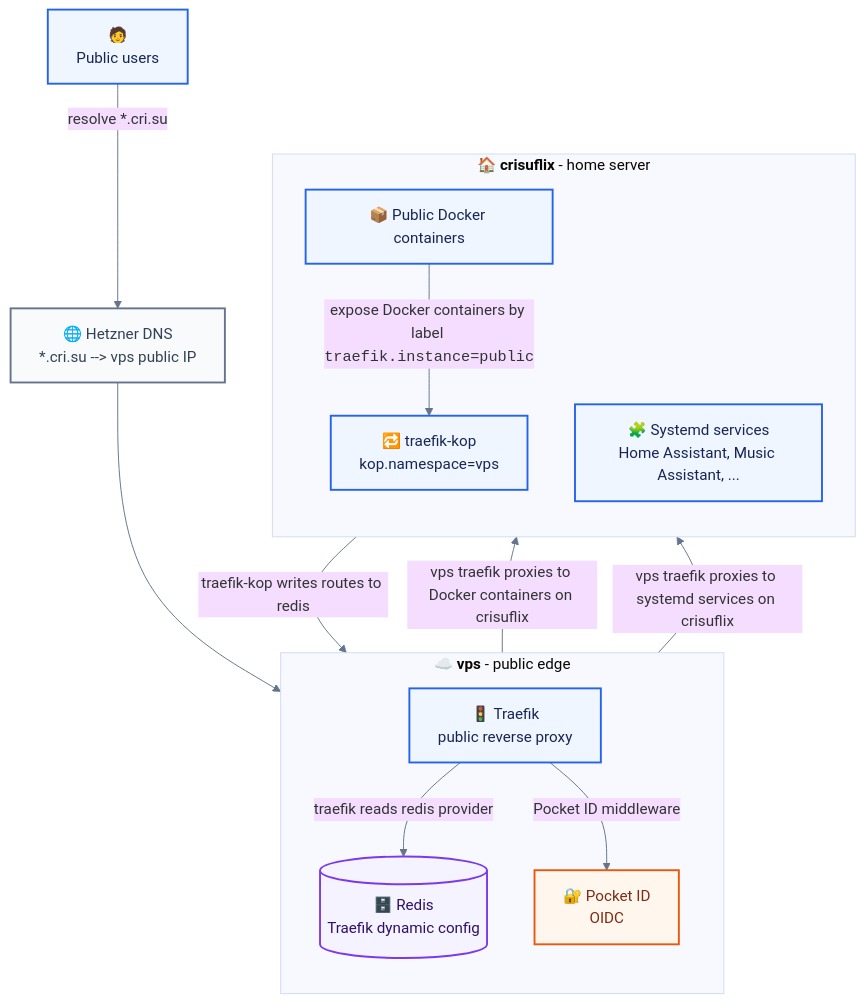
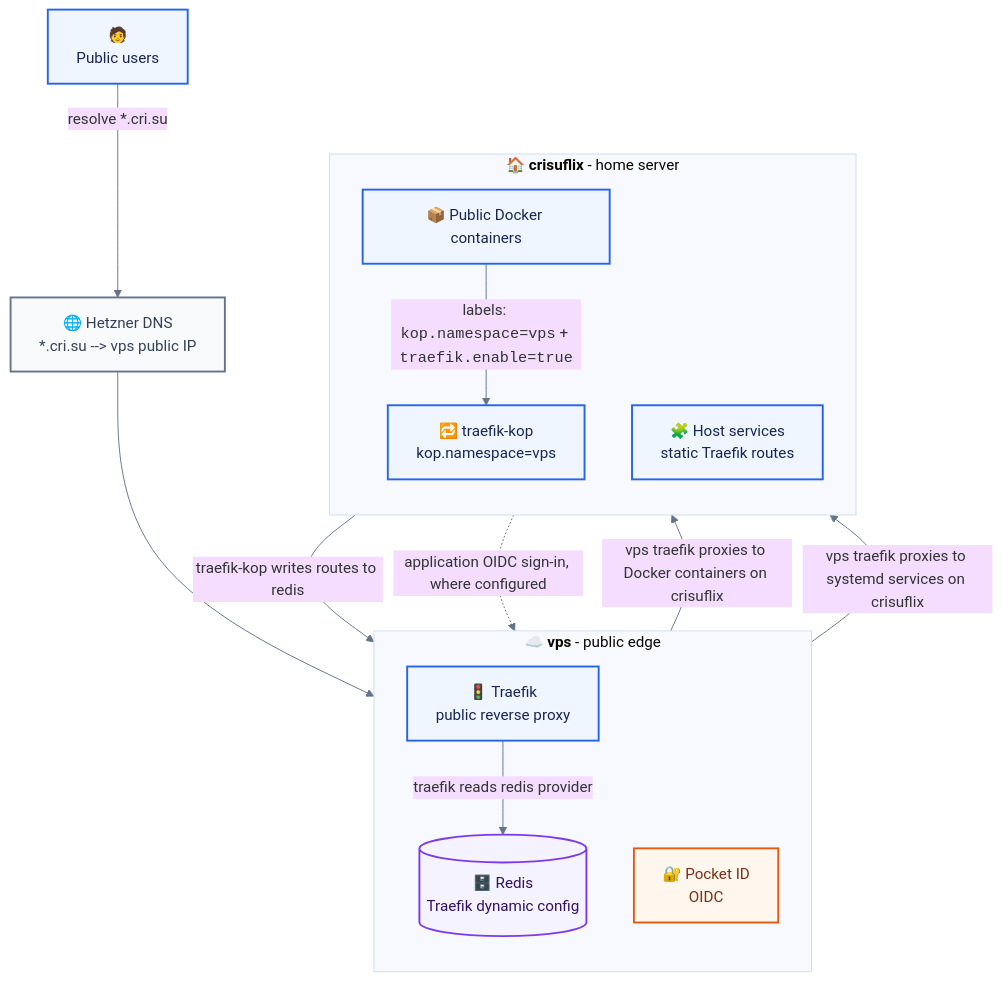
Before and after one commit to llego/nixconfig: the first of 2 diagrams in README.md, drawn with Mermaid. The commit also changed other lines of this file, not shown here.

First line of the commit message:
Align routing documentation with traefik-kop conventions

````diff
--- a/README.md
+++ b/README.md
@@ -35,38 +60,38 @@
 ```mermaid
 %%{init: {"theme": "base", "themeVariables": {"fontFamily": "ui-sans-serif, system-ui, sans-serif", "primaryBorderColor": "#64748b", "lineColor": "#64748b"}}}%%
 flowchart TB
   classDef public fill:#eff6ff,stroke:#2563eb,color:#172554,stroke-width:2px
   classDef dns fill:#f8fafc,stroke:#64748b,color:#334155,stroke-width:2px
   classDef auth fill:#fff7ed,stroke:#ea580c,color:#7c2d12,stroke-width:2px
   classDef data fill:#f5f3ff,stroke:#7c3aed,color:#2e1065,stroke-width:2px
 
   subgraph PublicVPS["☁️ <strong>vps</strong> - public edge"]
     direction TB
     EdgeTraefik["🚦 Traefik <br/> public reverse proxy"]
     PocketID["🔐 Pocket ID<br/>OIDC"]
     Redis[("🗄️ Redis<br/>Traefik dynamic config")]
   end
 
   subgraph PublicCrisuflix["🏠 <strong>crisuflix</strong> - home server"]
     direction TB
     Kop["🔁 traefik-kop<br/>kop.namespace=vps"]
     PublicContainers["📦 Public Docker containers"]
-    PublicLocalServices["🧩 Systemd services<br/>Home Assistant, Music Assistant, ..."]
+    PublicLocalServices["🧩 Host services<br/>static Traefik routes"]
   end
 
 
   PublicUsers["🧑<br/>Public users"] -->|resolve *.cri.su| HetznerDNS["🌐 Hetzner DNS<br/>*.cri.su --> vps public IP"] --> EdgeTraefik
-  PublicContainers -->|expose Docker containers by label <code>traefik.instance=public</code>| Kop
+  PublicContainers -->|labels: <code>kop.namespace=vps</code> + <code>traefik.enable=true</code>| Kop
   Kop -->|traefik-kop writes routes to redis| Redis
   EdgeTraefik -->|traefik reads redis provider| Redis
-  EdgeTraefik -->|Pocket ID middleware| PocketID
+  PublicContainers -.->|application OIDC sign-in, where configured| PocketID
   EdgeTraefik -->|vps traefik proxies to Docker containers on crisuflix| PublicContainers
   EdgeTraefik -->|vps traefik proxies to systemd services on crisuflix| PublicLocalServices
 
   click Kop "https://github.com/jittering/traefik-kop" "Follow link"
 
   class PublicUsers,EdgeTraefik,PublicContainers,PublicLocalServices,Kop public
   class HetznerDNS dns
   class PocketID auth
   class Redis data
 ```
````
